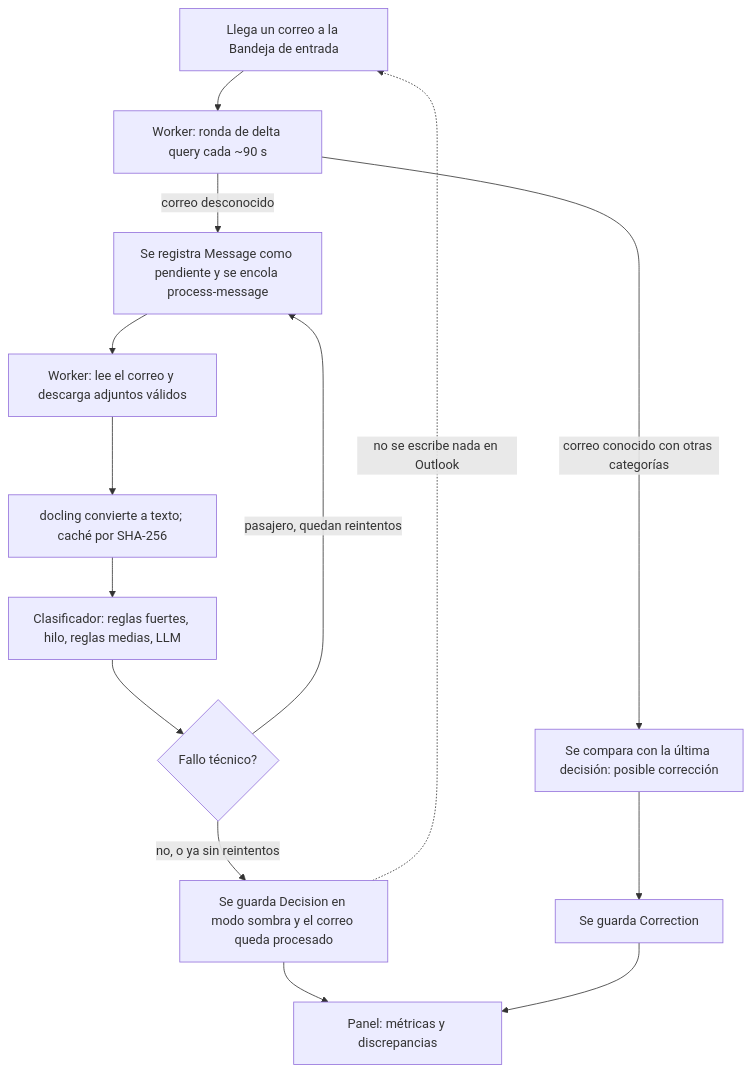
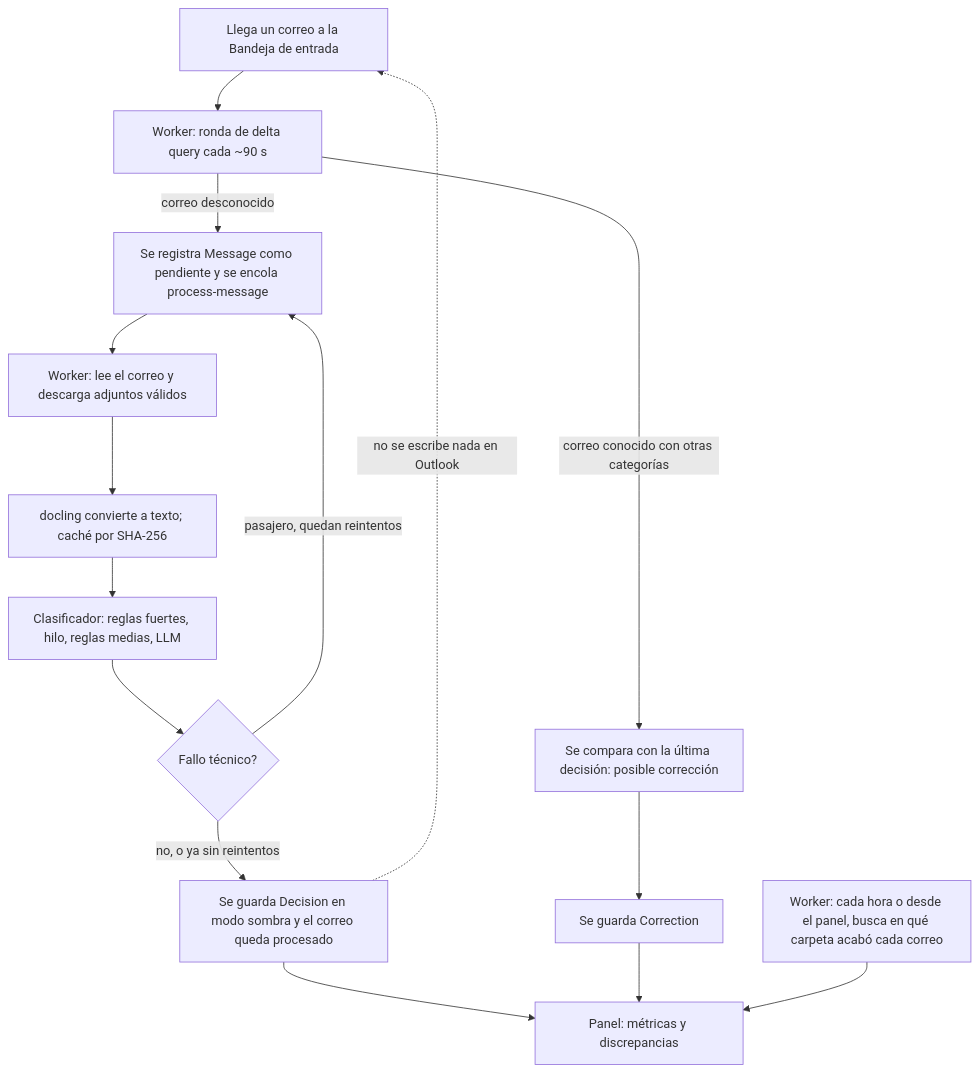
The diagram in docs/arquitectura.md (gcentegit/outlook-org), drawn with Mermaid before and after one commit. The commit also changed other lines of this file and 21 other files, not shown here.

Commit message:
feat: 📂 el panel compara con la carpeta donde el equipo archiva cada correo (#55)

````diff
--- a/docs/arquitectura.md
+++ b/docs/arquitectura.md
@@ -27,16 +27,17 @@
 ```mermaid
 flowchart TD
     A[Llega un correo a la Bandeja de entrada] --> B[Worker: ronda de delta query cada ~90 s]
     B -->|correo desconocido| C[Se registra Message como pendiente y se encola process-message]
     B -->|correo conocido con otras categorías| K[Se compara con la última decisión: posible corrección]
     C --> D[Worker: lee el correo y descarga adjuntos válidos]
     D --> E[docling convierte a texto; caché por SHA-256]
     E --> F[Clasificador: reglas fuertes, hilo, reglas medias, LLM]
     F --> G{Fallo técnico?}
     G -->|pasajero, quedan reintentos| C
     G -->|no, o ya sin reintentos| H[Se guarda Decision en modo sombra y el correo queda procesado]
     H --> I[Panel: métricas y discrepancias]
     K --> J[Se guarda Correction]
     J --> I
+    L[Worker: cada hora o desde el panel, busca en qué carpeta acabó cada correo] --> I
     H -. no se escribe nada en Outlook .-> A
 ```
````
